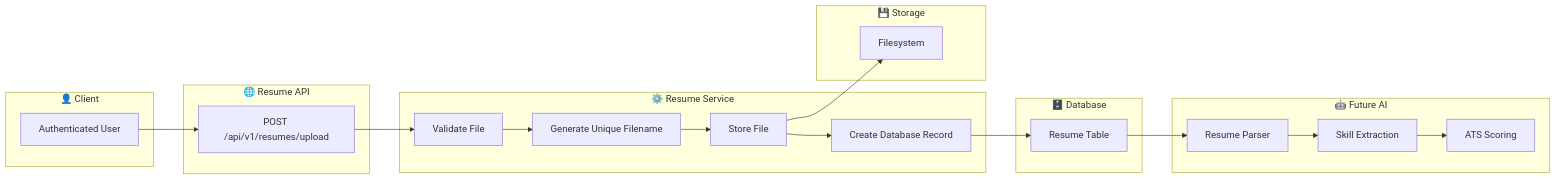
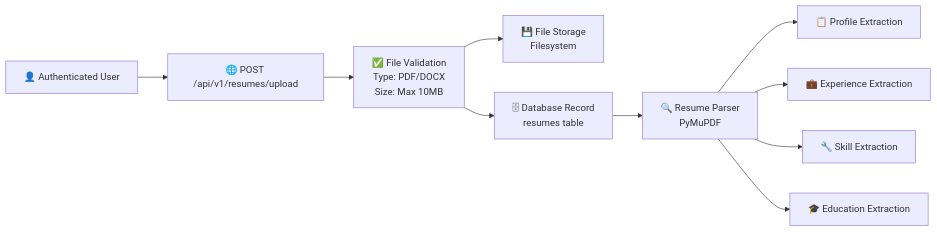
The first of 3 diagrams in docs/diagrams/10-resume-engine.md (kmrgautam18-alt/career-ops-v2), drawn with Mermaid before and after one commit. The commit also changed other lines of this file and 6 other files, not shown here.

First line of the commit message:
docs: update diagrams to reflect current project state

````diff
--- a/docs/diagrams/10-resume-engine.md
+++ b/docs/diagrams/10-resume-engine.md
@@ -13,44 +17,29 @@
 ```mermaid
 flowchart LR
 
-subgraph Client["👤 Client"]
-    A["Authenticated User"]
-end
+    Client["👤 Authenticated User"]
+    API["🌐 POST /api/v1/resumes/upload"]
+    Validate["✅ File Validation
+Type: PDF/DOCX
+Size: Max 10MB"]
+    Storage["💾 File Storage
+Filesystem"]
+    DB["🗄 Database Record
+resumes table"]
+    Parser["🔍 Resume Parser
+PyMuPDF"]
+    Profile["📋 Profile Extraction"]
+    Experience["💼 Experience Extraction"]
+    Skills["🔧 Skill Extraction"]
+    Education["🎓 Education Extraction"]
 
-subgraph API["🌐 Resume API"]
-    B["POST /api/v1/resumes/upload"]
-end
-
-subgraph Service["⚙️ Resume Service"]
-    C["Validate File"]
-    D["Generate Unique Filename"]
-    E["Store File"]
-    F["Create Database Record"]
-end
-
-subgraph Storage["💾 Storage"]
-    G["Filesystem"]
-end
-
-subgraph Database["🗄️ Database"]
-    H["Resume Table"]
-end
-
-subgraph Future["🤖 Future AI"]
-    I["Resume Parser"]
-    J["Skill Extraction"]
-    K["ATS Scoring"]
-end
-
-A --> B
-B --> C
-C --> D
-D --> E
-E --> G
-E --> F
-F --> H
-
-H --> I
-I --> J
-J --> K
+    Client --> API
+    API --> Validate
+    Validate --> Storage
+    Validate --> DB
+    DB --> Parser
+    Parser --> Profile
+    Parser --> Experience
+    Parser --> Skills
+    Parser --> Education
 ```
````
